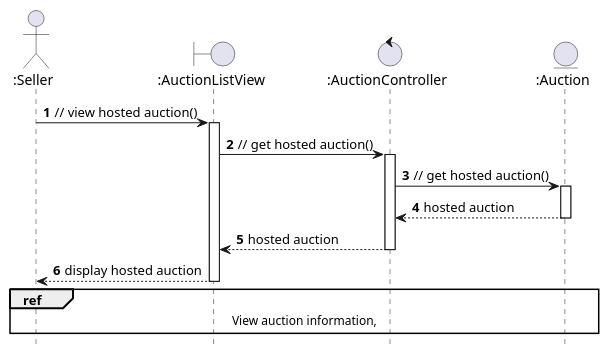
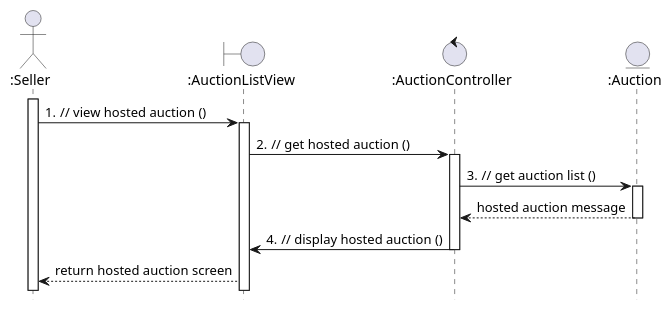
One commit to anhbanlinhle/velocity-exchange changed the diagram in uml/analysis/sequence/view-hosted-auction.pu. Above: the diagram before and after it, drawn with PlantUML. The commit also changed 13 other files, not shown here.

Commit message:
doc: update sequence and class analysis diagram new format

```diff
--- a/uml/analysis/sequence/view-hosted-auction.pu
+++ b/uml/analysis/sequence/view-hosted-auction.pu
@@ -1,18 +1,20 @@
 @startuml view_hosted_auction
 hide footbox
 actor ":Seller" as seller
 boundary ":AuctionListView" as view
 control ":AuctionController" as controller
 entity ":Auction" as auction
 
-autonumber
-autoactivate on
-
-seller -> view : // view hosted auction()
-view -> controller : // get hosted auction()
-controller -> auction : // get hosted auction()
-auction --> controller : hosted auction
-controller --> view : hosted auction
-view --> seller : display hosted auction
-ref over seller, view, controller, auction : View auction information,
+autonumber 1 1 "0."
+seller ++
+seller -> view ++: // view hosted auction ()
+view -> controller ++ : // get hosted auction ()
+controller -> auction ++: // get auction list ()
+autonumber stop
+auction --> controller --: hosted auction message
+autonumber resume
+controller -> view --: // display hosted auction ()
+autonumber stop
+view --> seller : return hosted auction screen
+' ref over seller, view, controller, auction : View auction information.
 @enduml
```
